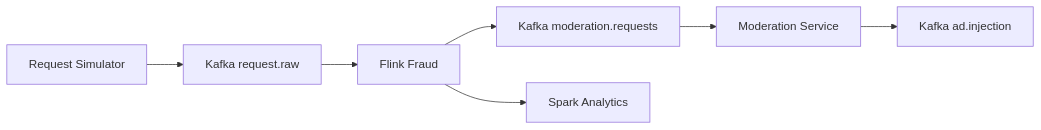
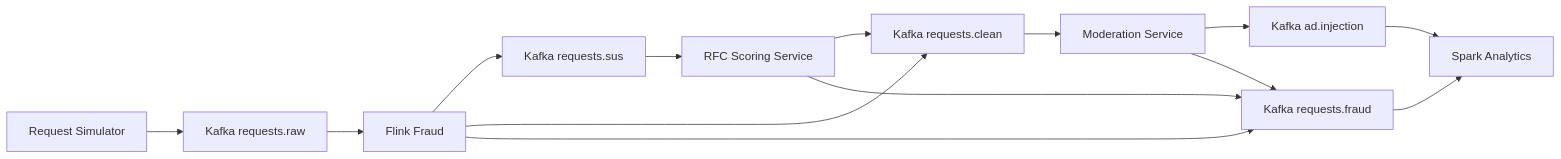
One commit to IamMistake/ai-ad-request-safety-pipeline changed the diagram in docs/current_architecture.md. Above: the diagram before and after it, drawn with Mermaid. The commit also changed other lines of this file and 27 other files, not shown here.

Commit message:
document new architecture phase one

````diff
--- a/docs/current_architecture.md
+++ b/docs/current_architecture.md
@@ -11,9 +11,16 @@
 ```mermaid
 flowchart LR
-    A[Request Simulator] --> B[Kafka request.raw]
+    A[Request Simulator] --> B[Kafka requests.raw]
     B --> C[Flink Fraud]
-    C --> D[Kafka moderation.requests]
-    D --> E[Moderation Service]
-    E --> F[Kafka ad.injection]
-    C --> G[Spark Analytics]
+    C --> D[Kafka requests.sus]
+    D --> E[RFC Scoring Service]
+    E --> F[Kafka requests.clean]
+    C --> F
+    C --> G[Kafka requests.fraud]
+    E --> G
+    F --> H[Moderation Service]
+    H --> I[Kafka ad.injection]
+    H --> G
+    I --> J[Spark Analytics]
+    G --> J
 ```
````
